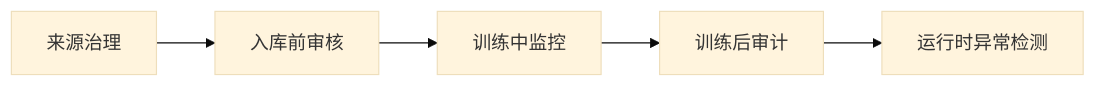
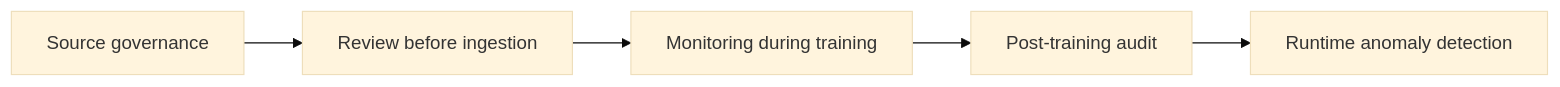
One commit to oneleaveknowsthefall/awesome-ai-roadmap changed the third of 3 diagrams in docs/safety/03-data-model-supply-chain/04-training-finetuning-rag-poisoning.md. Above: the diagram before and after it, drawn with Mermaid (base theme). The commit also changed other lines of this file and 82 other files, not shown here.

````diff
--- a/docs/safety/03-data-model-supply-chain/04-training-finetuning-rag-poisoning.md
+++ b/docs/safety/03-data-model-supply-chain/04-training-finetuning-rag-poisoning.md
@@ -73,7 +73,7 @@
 ```mermaid
 flowchart LR
-    S[来源治理] --> C[入库前审核]
-    C --> T[训练中监控]
-    T --> A[训练后审计]
-    A --> R[运行时异常检测]
+    S[Source governance] --> C[Review before ingestion]
+    C --> T[Monitoring during training]
+    T --> A[Post-training audit]
+    A --> R[Runtime anomaly detection]
 ```
````
